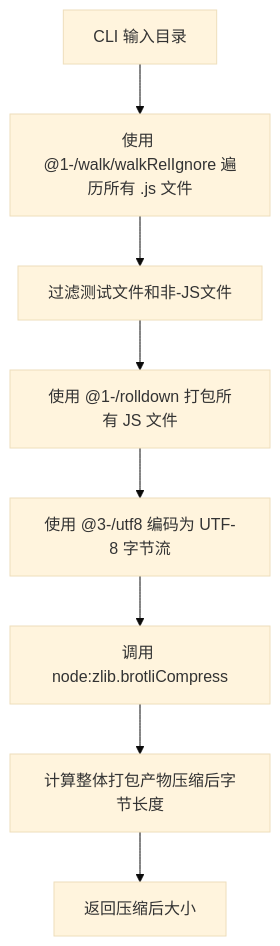
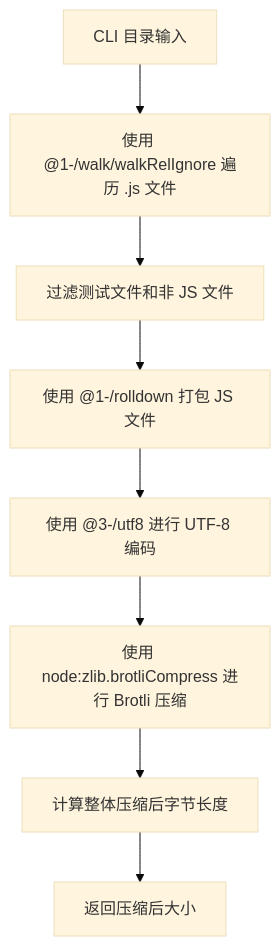
One commit to webc-site/npm changed the diagram in minify_size/readme/zh/README.md. Above: the diagram before and after it, drawn with Mermaid (base theme). The commit also changed other lines of this file and 4 other files, not shown here.

````diff
--- a/minify_size/readme/zh/README.md
+++ b/minify_size/readme/zh/README.md
@@ -42,10 +44,10 @@
 ```mermaid
 graph TD
-    A[CLI 输入目录] --> B[使用 @1-/walk/walkRelIgnore 遍历所有 .js 文件]
-    B --> C[过滤测试文件和非-JS文件]
-    C --> D[使用 @1-/rolldown 打包所有 JS 文件]
-    D --> E[使用 @3-/utf8 编码为 UTF-8 字节流]
-    E --> F[调用 node:zlib.brotliCompress]
-    F --> G[计算整体打包产物压缩后字节长度]
+    A[CLI 目录输入] --> B[使用 @1-/walk/walkRelIgnore 遍历 .js 文件]
+    B --> C[过滤测试文件和非 JS 文件]
+    C --> D[使用 @1-/rolldown 打包 JS 文件]
+    D --> E[使用 @3-/utf8 进行 UTF-8 编码]
+    E --> F[使用 node:zlib.brotliCompress 进行 Brotli 压缩]
+    F --> G[计算整体压缩后字节长度]
     G --> H[返回压缩后大小]
 ```
````
